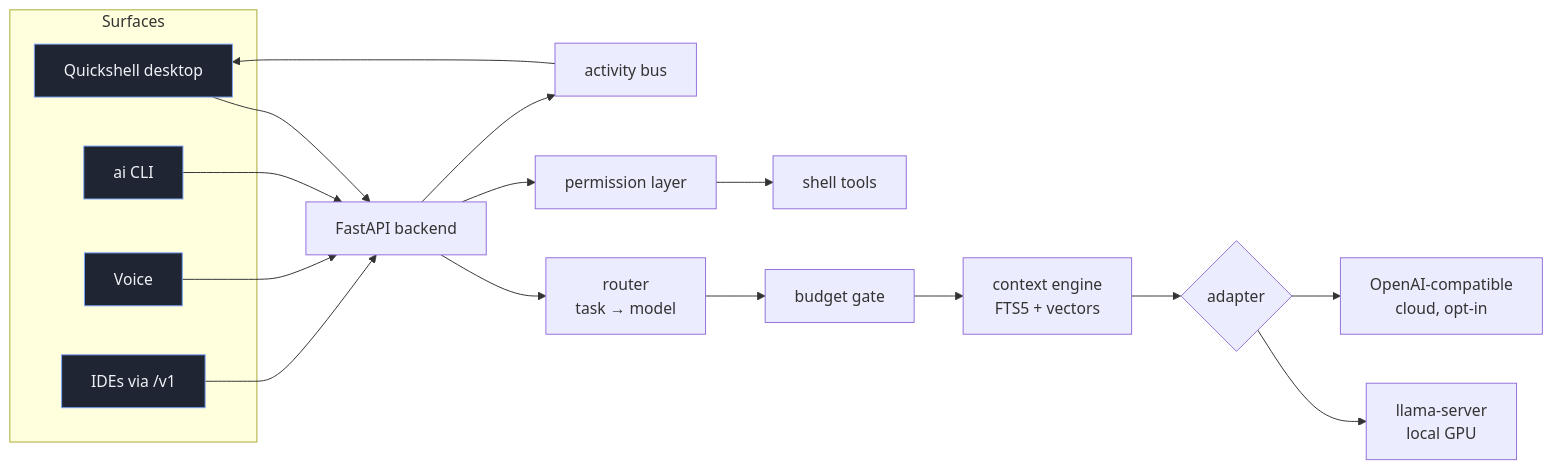
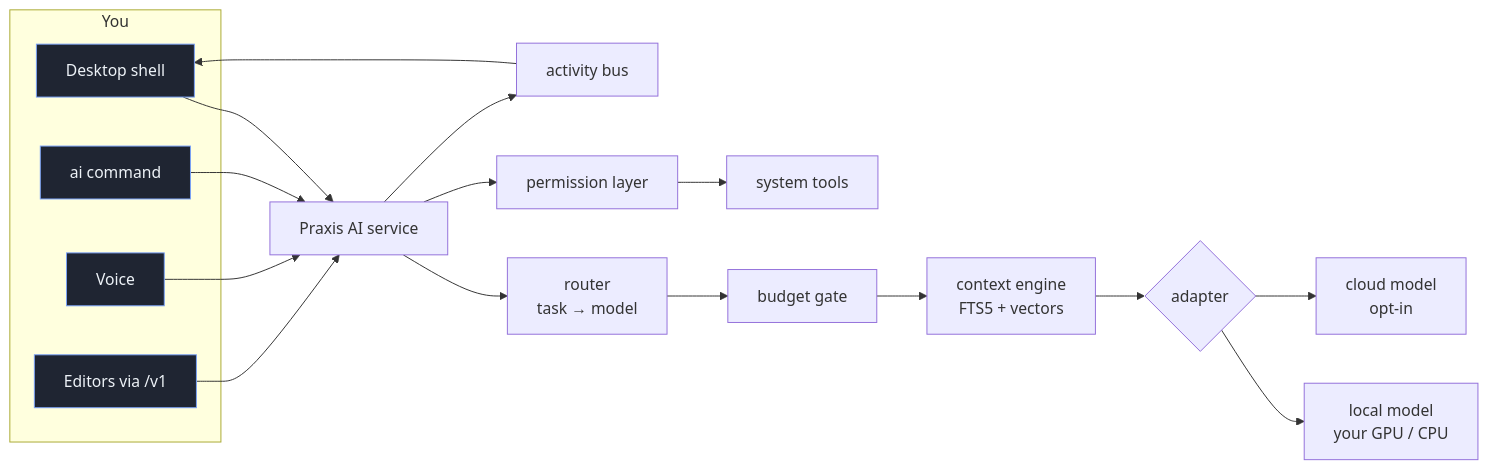
The diagram in README.md (MrMehulkhanna/praxis), drawn with Mermaid before and after one commit. The commit also changed other lines of this file, not shown here.

First line of the commit message:
docs: rewrite the README around the motto and what Praxis does for you

````diff
--- a/README.md
+++ b/README.md
@@ -134,19 +188,19 @@
 ```mermaid
 flowchart LR
-  subgraph Surfaces
-    shell[Quickshell desktop]:::s
-    cli[ai CLI]:::s
+  subgraph You
+    shell[Desktop shell]:::s
+    cli[ai command]:::s
     voice[Voice]:::s
-    ide[IDEs via /v1]:::s
+    ide[Editors via /v1]:::s
   end
-  shell & cli & voice & ide --> api[FastAPI backend]
+  shell & cli & voice & ide --> api[Praxis AI service]
   api --> router[router<br/>task → model]
   router --> gate[budget gate]
   gate --> ctx[context engine<br/>FTS5 + vectors]
   ctx --> ad{adapter}
-  ad --> llama[llama-server<br/>local GPU]
-  ad --> cloud[OpenAI-compatible<br/>cloud, opt-in]
-  api --> perms[permission layer] --> exec[shell tools]
+  ad --> llama[local model<br/>your GPU / CPU]
+  ad --> cloud[cloud model<br/>opt-in]
+  api --> perms[permission layer] --> exec[system tools]
   api --> bus[activity bus] --> shell
   classDef s fill:#1f2532,stroke:#7aa2f7,color:#edf2f7
 ```
````
